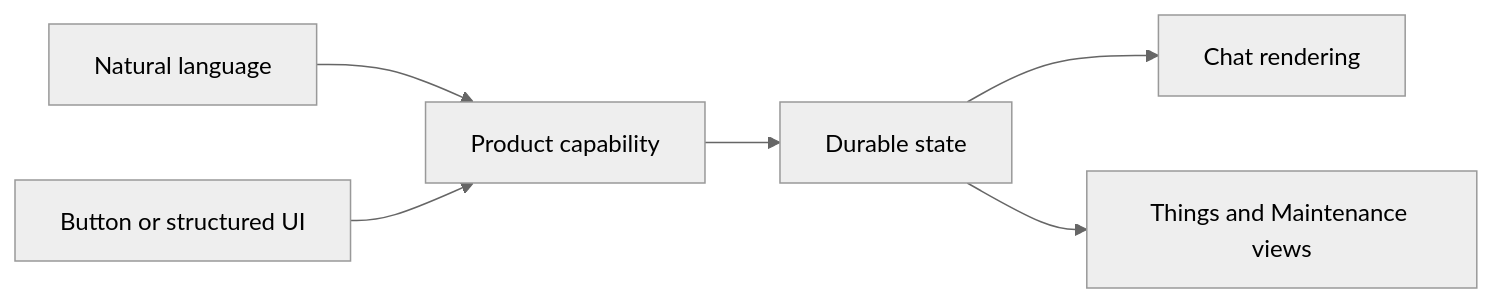
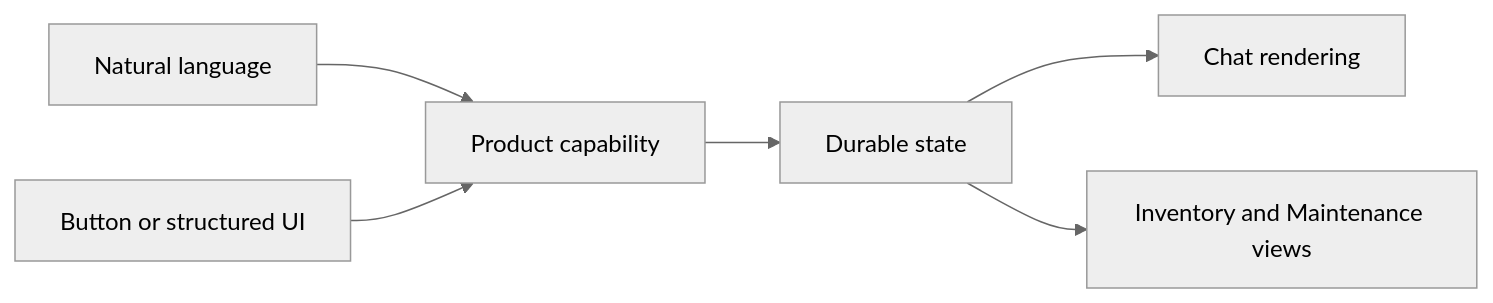
The second of 9 diagrams in vision.md (deodad/moe), drawn with Mermaid (neutral theme) before and after one commit. The commit also changed other lines of this file and 94 other files, not shown here.

````diff
--- a/vision.md
+++ b/vision.md
@@ -60,8 +60,8 @@
 ```mermaid
 flowchart LR
     L[Natural language] --> P[Product capability]
     U[Button or structured UI] --> P
     P --> S[Durable state]
     S --> C[Chat rendering]
-    S --> V[Things and Maintenance views]
+    S --> V[Inventory and Maintenance views]
 ```
````
